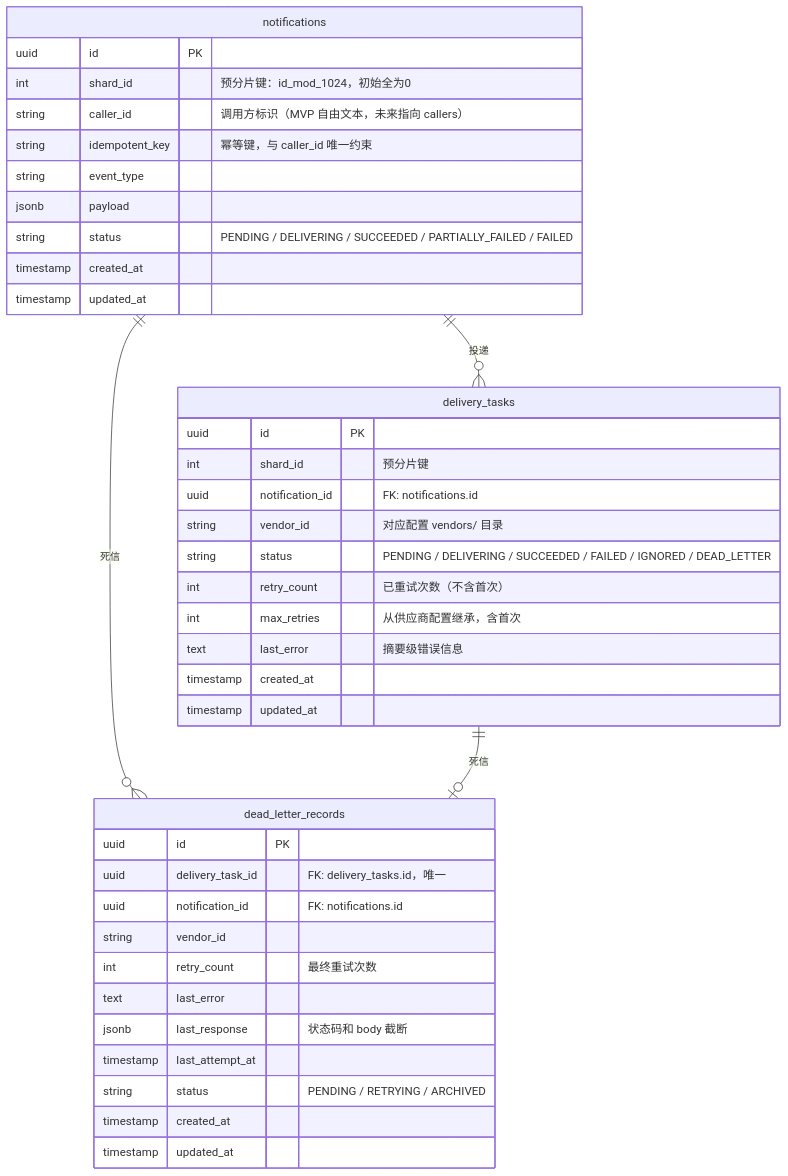
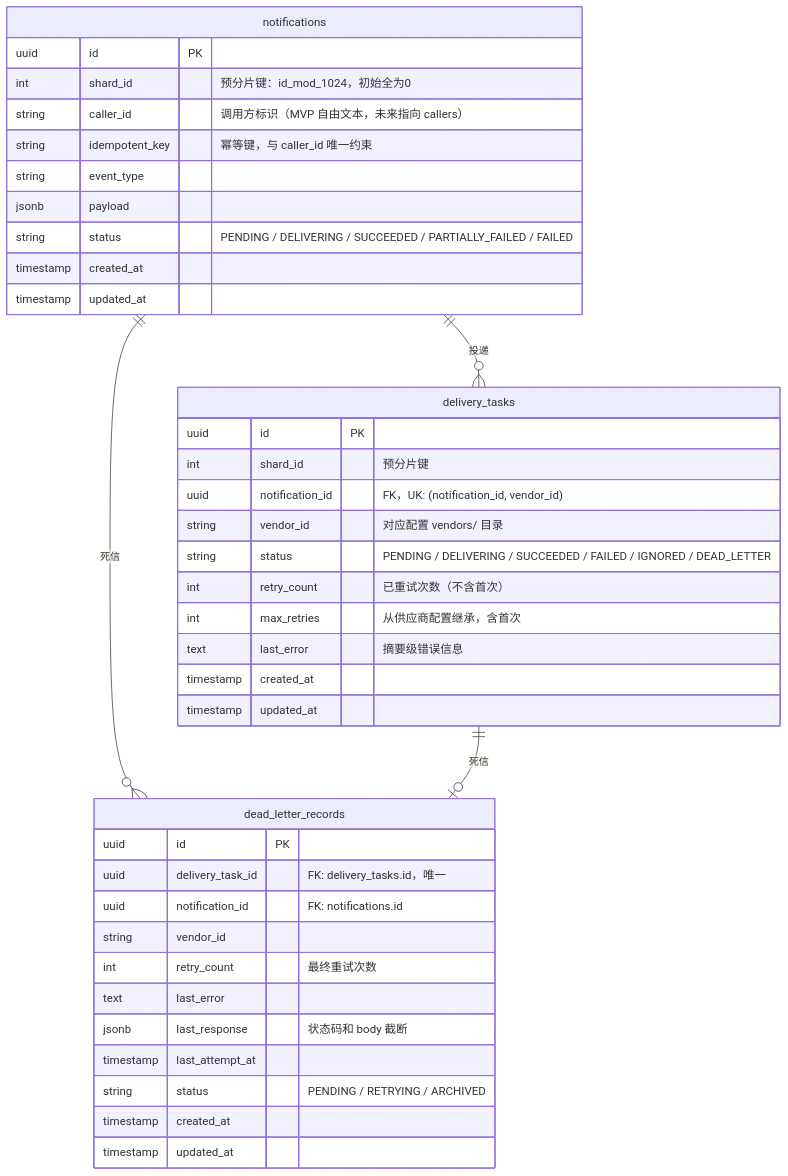
One commit to xnslong/rc_xnslong changed the third of 20 diagrams in doc/requirements/202605-notification-design-dd.md. Above: the diagram before and after it, drawn with Mermaid. The commit also changed other lines of this file, not shown here.

Commit message:
docs(dd): delivery_tasks 通知详情索引改为唯一约束
 唯一约束：
- 比单纯  索引覆盖更多查询
- 业务上一条通知对一个供应商只有一条投递任务，天然唯一
- 无需额外索引，约束自带索引

````diff
--- a/doc/requirements/202605-notification-design-dd.md
+++ b/doc/requirements/202605-notification-design-dd.md
@@ -197,45 +197,45 @@
 ```mermaid
 erDiagram
     notifications {
         uuid        id              PK
         int         shard_id        "预分片键：id_mod_1024，初始全为0"
         string      caller_id       "调用方标识（MVP 自由文本，未来指向 callers）"
         string      idempotent_key  "幂等键，与 caller_id 唯一约束"
         string      event_type
         jsonb       payload
         string      status          "PENDING / DELIVERING / SUCCEEDED / PARTIALLY_FAILED / FAILED"
         timestamp   created_at
         timestamp   updated_at
     }
 
     delivery_tasks {
         uuid        id               PK
         int         shard_id         "预分片键"
-        uuid        notification_id  "FK: notifications.id"
+        uuid        notification_id  "FK，UK: (notification_id, vendor_id)"
         string      vendor_id        "对应配置 vendors/ 目录"
         string      status           "PENDING / DELIVERING / SUCCEEDED / FAILED / IGNORED / DEAD_LETTER"
         int         retry_count      "已重试次数（不含首次）"
         int         max_retries      "从供应商配置继承，含首次"
         text        last_error       "摘要级错误信息"
         timestamp   created_at
         timestamp   updated_at
     }
 
     dead_letter_records {
         uuid        id                PK
         uuid        delivery_task_id  "FK: delivery_tasks.id，唯一"
         uuid        notification_id   "FK: notifications.id"
         string      vendor_id
         int         retry_count       "最终重试次数"
         text        last_error
         jsonb       last_response     "状态码和 body 截断"
         timestamp   last_attempt_at
         string      status            "PENDING / RETRYING / ARCHIVED"
         timestamp   created_at
         timestamp   updated_at
     }
 
     notifications ||--o{ delivery_tasks : "投递"
     notifications ||--o{ dead_letter_records : "死信"
     delivery_tasks ||--o| dead_letter_records : "死信"
 ```
````
